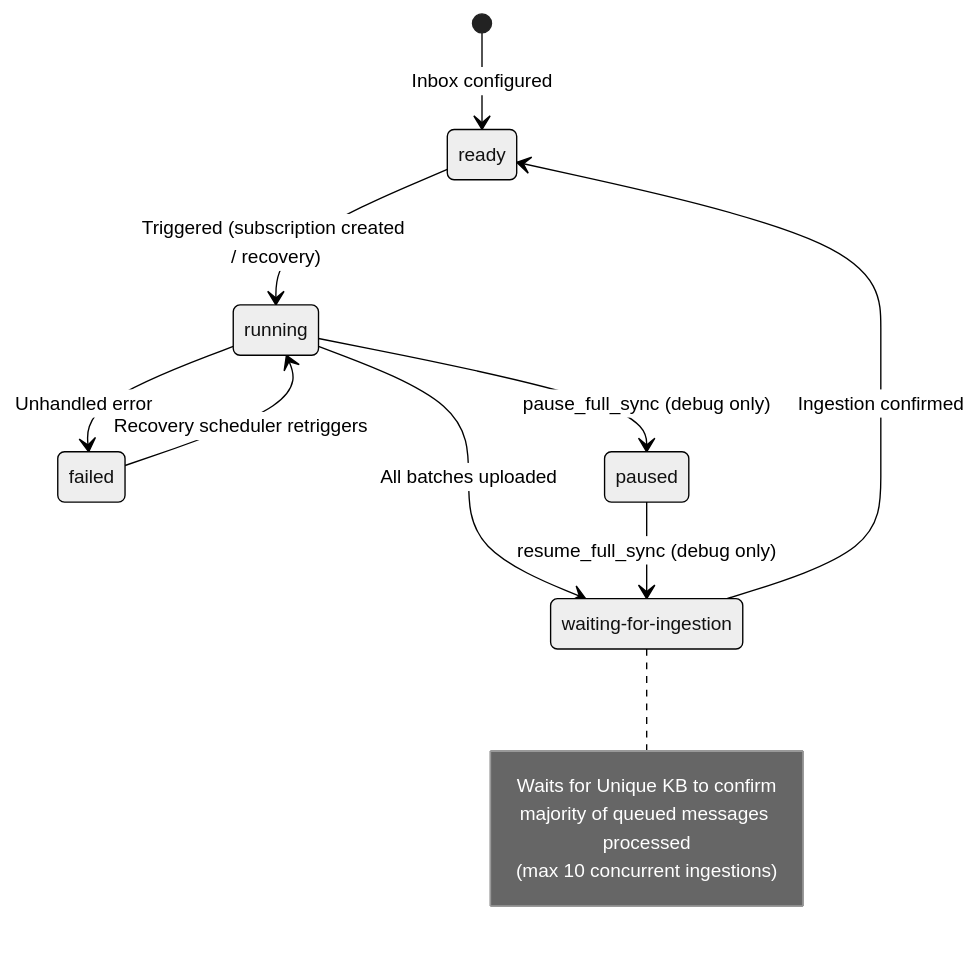
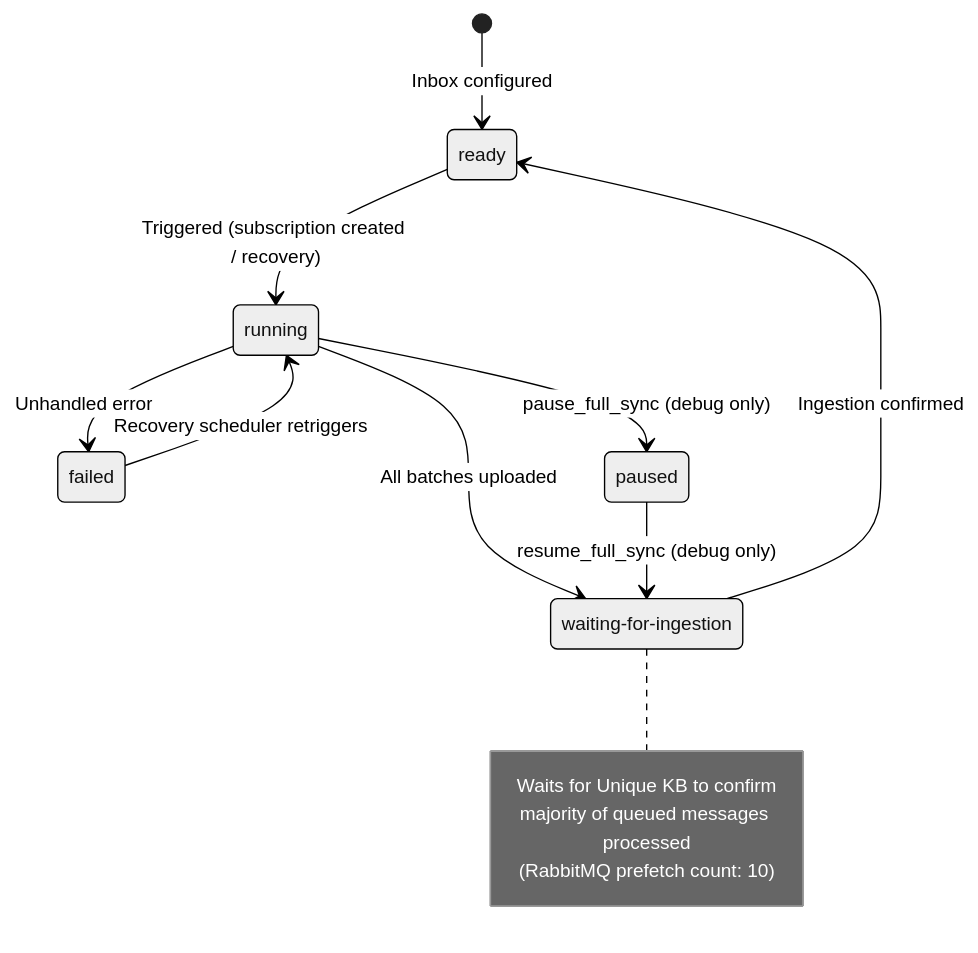
Before and after one commit to Unique-AG/connectors: the first of 2 diagrams in services/outlook-semantic-mcp/docs/technical/full-sync.md, drawn with Mermaid. The commit also changed 11 other files, not shown here.

````diff
--- a/services/outlook-semantic-mcp/docs/technical/full-sync.md
+++ b/services/outlook-semantic-mcp/docs/technical/full-sync.md
@@ -30,21 +30,21 @@
 ```mermaid
 %%{init: {'theme': 'neutral', 'themeVariables': { 'fontSize': '14px' }}}%%
 stateDiagram-v2
     [*] --> ready: Inbox configured
 
     state "waiting-for-ingestion" as wfi
 
     ready --> running: Triggered (subscription created / recovery)
     running --> wfi: All batches uploaded
     wfi --> ready: Ingestion confirmed
     running --> failed: Unhandled error
     running --> paused: pause_full_sync (debug only)
     paused --> wfi: resume_full_sync (debug only)
     failed --> running: Recovery scheduler retriggers
 
     note right of wfi
         Waits for Unique KB to confirm
         majority of queued messages processed
-        (max 10 concurrent ingestions)
+        (RabbitMQ prefetch count: 10)
     end note
 ```
````
